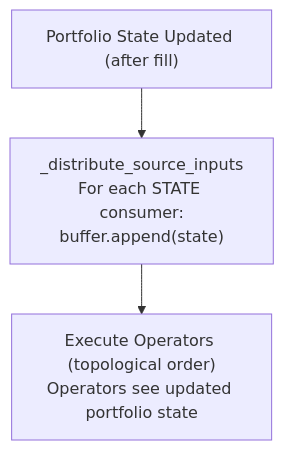
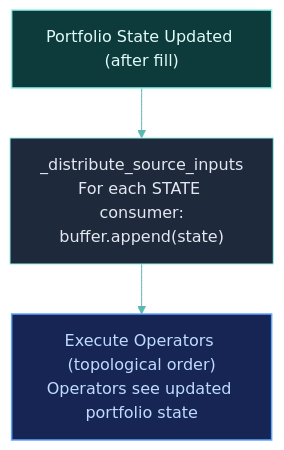
Before and after one commit to Clypt/docs: the first of 2 diagrams in engine/state-principle.mdx, drawn with Mermaid. The commit also changed other lines of this file and 73 other files, not shown here.

````diff
--- a/engine/state-principle.mdx
+++ b/engine/state-principle.mdx
@@ -87,6 +87,13 @@
 ```mermaid
+%%{init: {'theme': 'base', 'themeVariables': { 'primaryColor': '#1e293b', 'primaryTextColor': '#e2e8f0', 'primaryBorderColor': '#94F1E8', 'lineColor': '#5bb8b0', 'clusterBkg': '#0f172a', 'clusterBorder': '#1e3a3a', 'titleColor': '#94F1E8', 'edgeLabelBackground': 'transparent' }}}%%
 flowchart TB
+    classDef source fill:#0d3b3b,stroke:#94F1E8,stroke-width:1.5px,color:#e0faf7
+    classDef action fill:#172554,stroke:#60a5fa,stroke-width:1.5px,color:#bfdbfe
+
     Update["Portfolio State Updated (after fill)"]
     Update --> Distribute["_distribute_source_inputs<br>For each STATE consumer:<br>buffer.append(state)"]
     Distribute --> Execute["Execute Operators (topological order)<br>Operators see updated portfolio state"]
+
+    class Update source
+    class Execute action
 ```
````
